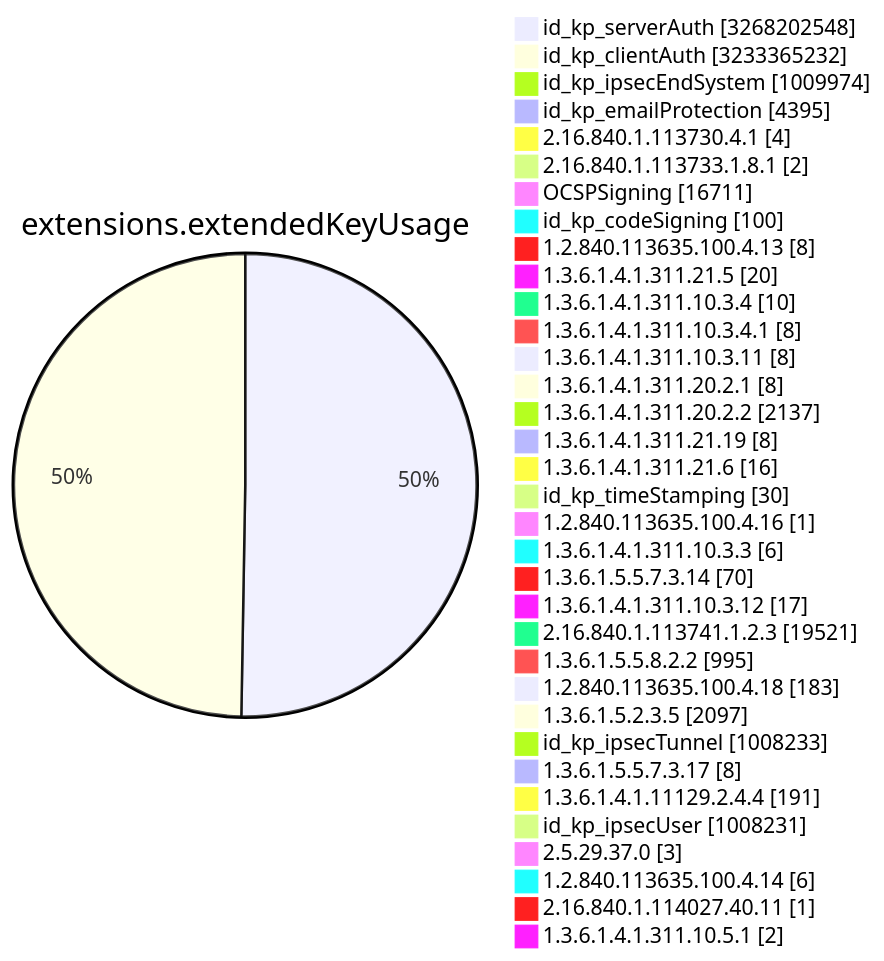
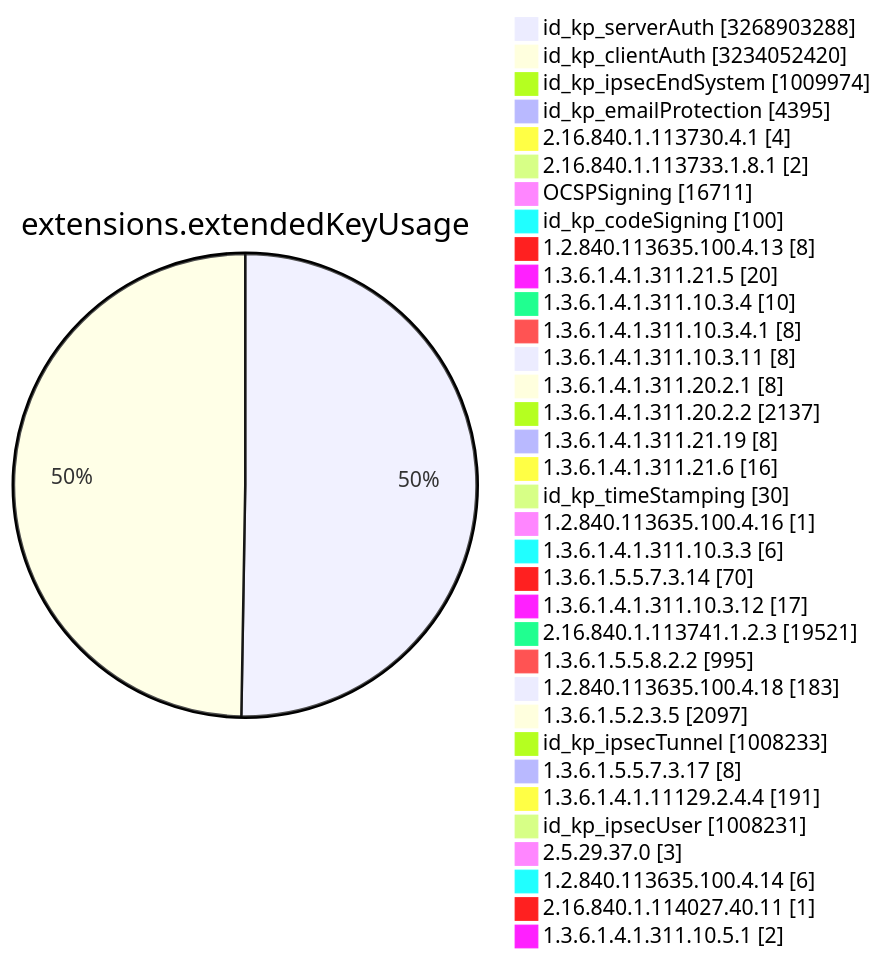
Diagram 11 of 15 in TOTAL/README.md (christiankrug/ctmonitor_visualization), drawn with Mermaid before and after one commit. The commit also changed other lines of this file, not shown here.

````diff
--- a/TOTAL/README.md
+++ b/TOTAL/README.md
@@ -4119,38 +4119,38 @@
 ```mermaid
 pie showData
 title extensions.extendedKeyUsage
-"id_kp_serverAuth" :3268202548
-"id_kp_clientAuth" :3233365232
+"id_kp_serverAuth" :3268903288
+"id_kp_clientAuth" :3234052420
 "id_kp_ipsecEndSystem" :1009974
 "id_kp_emailProtection" :4395
 "2.16.840.1.113730.4.1" :4
 "2.16.840.1.113733.1.8.1" :2
 "OCSPSigning" :16711
 "id_kp_codeSigning" :100
 "1.2.840.113635.100.4.13" :8
 "1.3.6.1.4.1.311.21.5" :20
 "1.3.6.1.4.1.311.10.3.4" :10
 "1.3.6.1.4.1.311.10.3.4.1" :8
 "1.3.6.1.4.1.311.10.3.11" :8
 "1.3.6.1.4.1.311.20.2.1" :8
 "1.3.6.1.4.1.311.20.2.2" :2137
 "1.3.6.1.4.1.311.21.19" :8
 "1.3.6.1.4.1.311.21.6" :16
 "id_kp_timeStamping" :30
 "1.2.840.113635.100.4.16" :1
 "1.3.6.1.4.1.311.10.3.3" :6
 "1.3.6.1.5.5.7.3.14" :70
 "1.3.6.1.4.1.311.10.3.12" :17
 "2.16.840.1.113741.1.2.3" :19521
 "1.3.6.1.5.5.8.2.2" :995
 "1.2.840.113635.100.4.18" :183
 "1.3.6.1.5.2.3.5" :2097
 "id_kp_ipsecTunnel" :1008233
 "1.3.6.1.5.5.7.3.17" :8
 "1.3.6.1.4.1.11129.2.4.4" :191
 "id_kp_ipsecUser" :1008231
 "2.5.29.37.0" :3
 "1.2.840.113635.100.4.14" :6
 "2.16.840.1.114027.40.11" :1
 "1.3.6.1.4.1.311.10.5.1" :2
 ```
````
